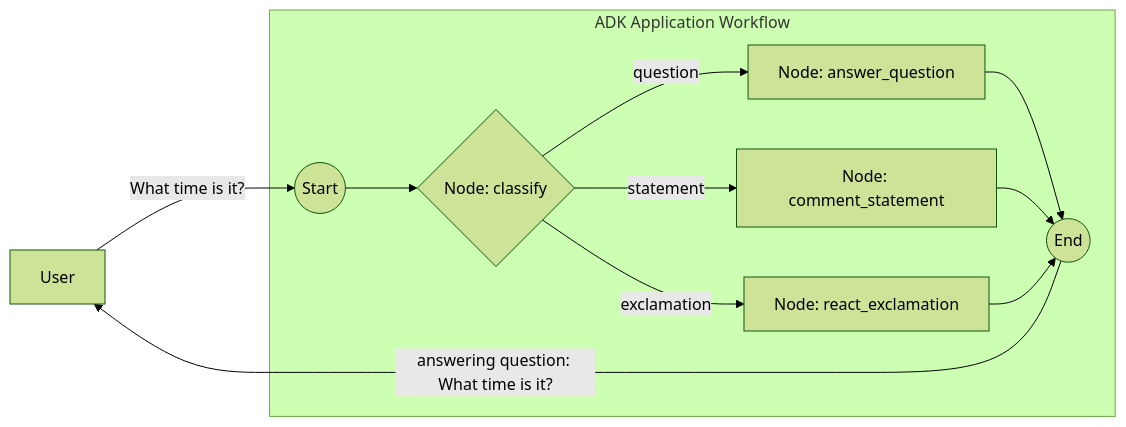
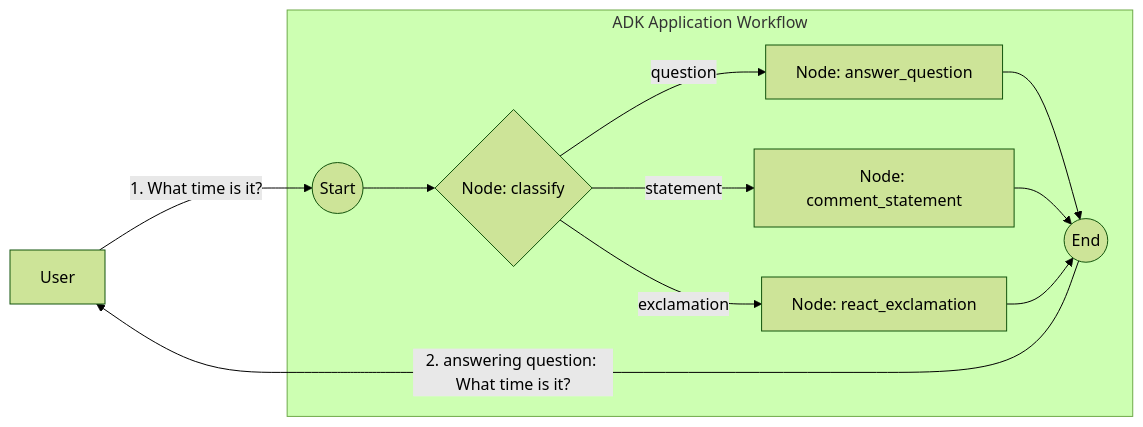
The diagram in examples/workflow/routing/string/README.md (google/adk-go), drawn with Mermaid (forest theme) before and after one commit. The commit also changed 8 other files, not shown here.

First line of the commit message:
docs(examples/workflow): number diagram edges to show flow order (review feedback)

````diff
--- a/examples/workflow/routing/string/README.md
+++ b/examples/workflow/routing/string/README.md
@@ -16,15 +16,15 @@
 ```mermaid
 graph LR
     User[User]
     subgraph "ADK Application Workflow"
         Start((Start)) --> C{Node: classify}
         C -- "question" --> Q[Node: answer_question]
         C -- "statement" --> S[Node: comment_statement]
         C -- "exclamation" --> E[Node: react_exclamation]
         Q --> End((End))
         S --> End
         E --> End
     end
-    User -- "What time is it?" --> Start
-    End -- "answering question: What time is it?" --> User
+    User -- "1. What time is it?" --> Start
+    End -- "2. answering question: What time is it?" --> User
 ```
````
